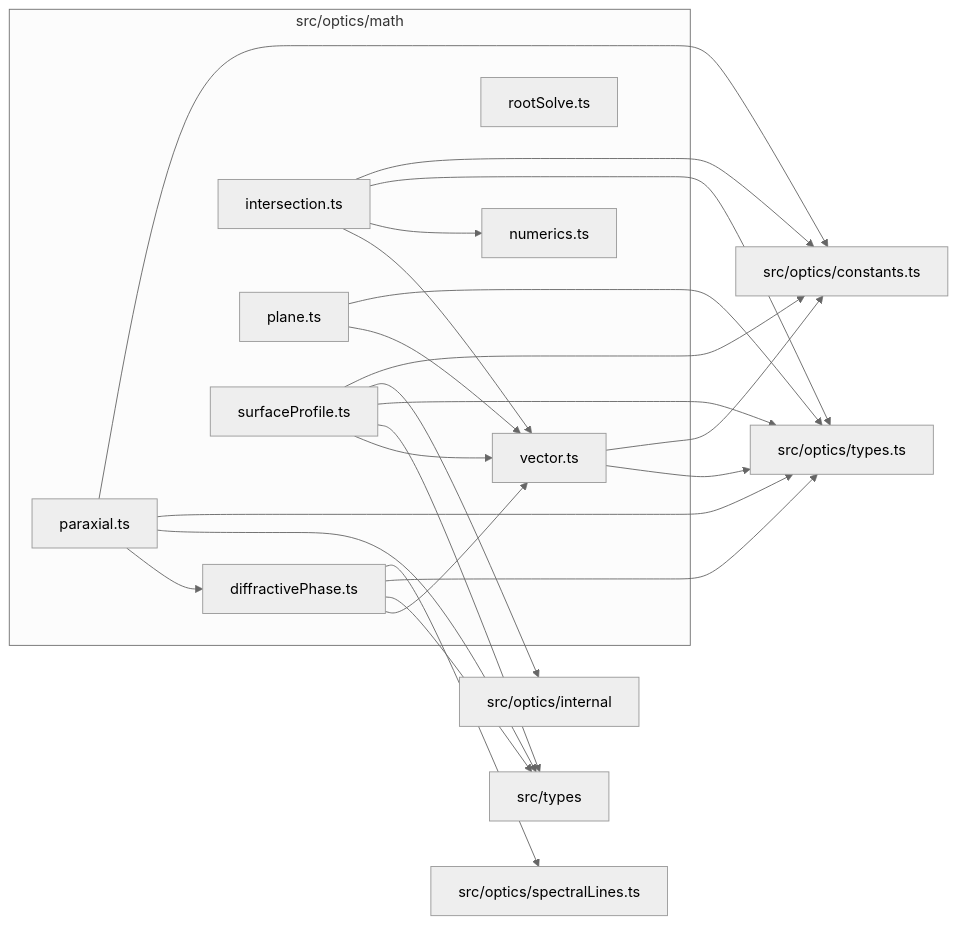
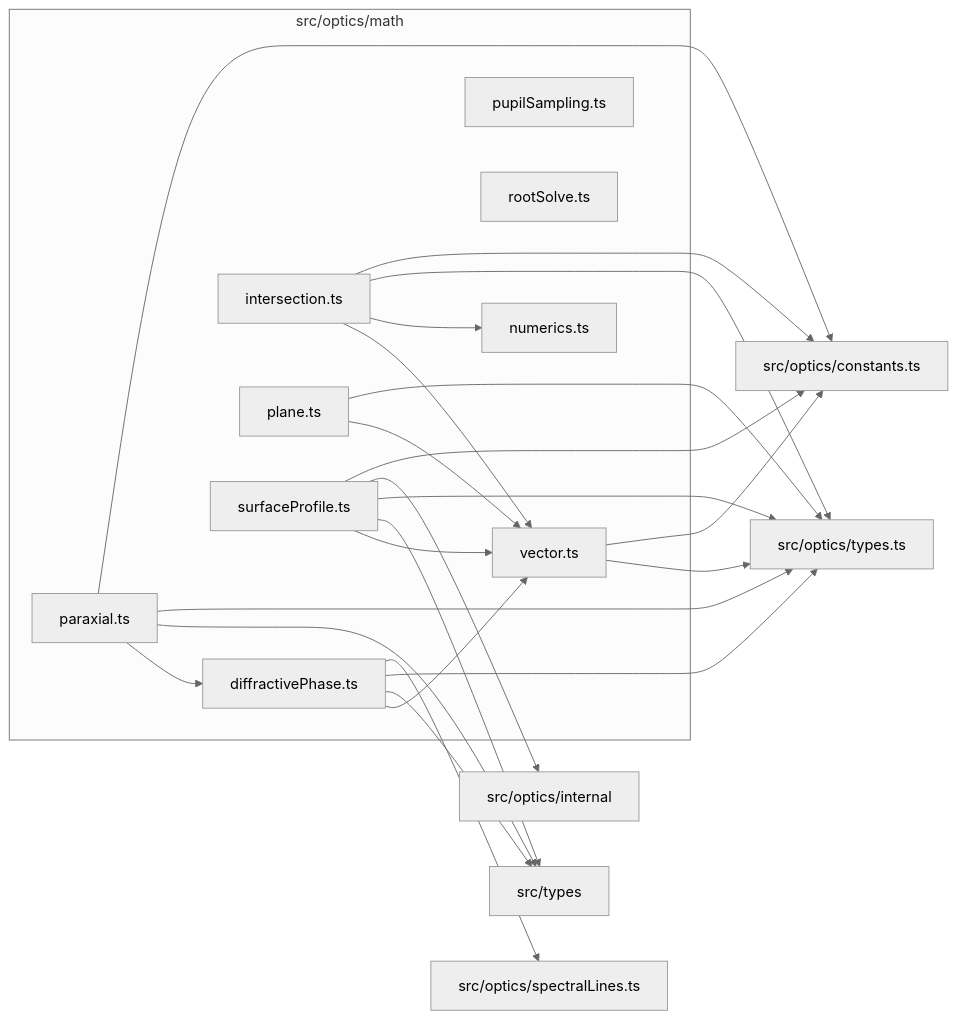
Before and after one commit to ronbuening/LensVisualizer: the diagram in src/optics/math/readme.md, drawn with Mermaid (neutral theme). The commit also changed other lines of this file and 20 other files, not shown here.

Commit message:
fix(optics): integrate pupil area and ideal sensor irradiance

````diff
--- a/src/optics/math/readme.md
+++ b/src/optics/math/readme.md
@@ -9,39 +9,40 @@
 ```mermaid
 flowchart LR
   subgraph n_src_optics_math["src/optics/math"]
     n_src_optics_math_src_optics_math_diffractivePhase_ts["diffractivePhase.ts"]
     n_src_optics_math_src_optics_math_intersection_ts["intersection.ts"]
     n_src_optics_math_src_optics_math_numerics_ts["numerics.ts"]
     n_src_optics_math_src_optics_math_paraxial_ts["paraxial.ts"]
     n_src_optics_math_src_optics_math_plane_ts["plane.ts"]
+    n_src_optics_math_src_optics_math_pupilSampling_ts["pupilSampling.ts"]
     n_src_optics_math_src_optics_math_rootSolve_ts["rootSolve.ts"]
     n_src_optics_math_src_optics_math_surfaceProfile_ts["surfaceProfile.ts"]
     n_src_optics_math_src_optics_math_vector_ts["vector.ts"]
   end
   n_external_src_optics_constants_ts["src/optics/constants.ts"]
   n_external_src_optics_internal["src/optics/internal"]
   n_external_src_optics_spectralLines_ts["src/optics/spectralLines.ts"]
   n_external_src_optics_types_ts["src/optics/types.ts"]
   n_external_src_types["src/types"]
   n_src_optics_math_src_optics_math_intersection_ts --> n_external_src_optics_constants_ts
   n_src_optics_math_src_optics_math_paraxial_ts --> n_external_src_optics_constants_ts
   n_src_optics_math_src_optics_math_surfaceProfile_ts --> n_external_src_optics_constants_ts
   n_src_optics_math_src_optics_math_vector_ts --> n_external_src_optics_constants_ts
   n_src_optics_math_src_optics_math_surfaceProfile_ts --> n_external_src_optics_internal
   n_src_optics_math_src_optics_math_diffractivePhase_ts --> n_external_src_optics_spectralLines_ts
   n_src_optics_math_src_optics_math_diffractivePhase_ts --> n_external_src_optics_types_ts
   n_src_optics_math_src_optics_math_intersection_ts --> n_external_src_optics_types_ts
   n_src_optics_math_src_optics_math_paraxial_ts --> n_external_src_optics_types_ts
   n_src_optics_math_src_optics_math_plane_ts --> n_external_src_optics_types_ts
   n_src_optics_math_src_optics_math_surfaceProfile_ts --> n_external_src_optics_types_ts
   n_src_optics_math_src_optics_math_vector_ts --> n_external_src_optics_types_ts
   n_src_optics_math_src_optics_math_diffractivePhase_ts --> n_external_src_types
   n_src_optics_math_src_optics_math_paraxial_ts --> n_external_src_types
   n_src_optics_math_src_optics_math_surfaceProfile_ts --> n_external_src_types
   n_src_optics_math_src_optics_math_paraxial_ts --> n_src_optics_math_src_optics_math_diffractivePhase_ts
   n_src_optics_math_src_optics_math_intersection_ts --> n_src_optics_math_src_optics_math_numerics_ts
   n_src_optics_math_src_optics_math_diffractivePhase_ts --> n_src_optics_math_src_optics_math_vector_ts
   n_src_optics_math_src_optics_math_intersection_ts --> n_src_optics_math_src_optics_math_vector_ts
   n_src_optics_math_src_optics_math_plane_ts --> n_src_optics_math_src_optics_math_vector_ts
   n_src_optics_math_src_optics_math_surfaceProfile_ts --> n_src_optics_math_src_optics_math_vector_ts
 ```
````
